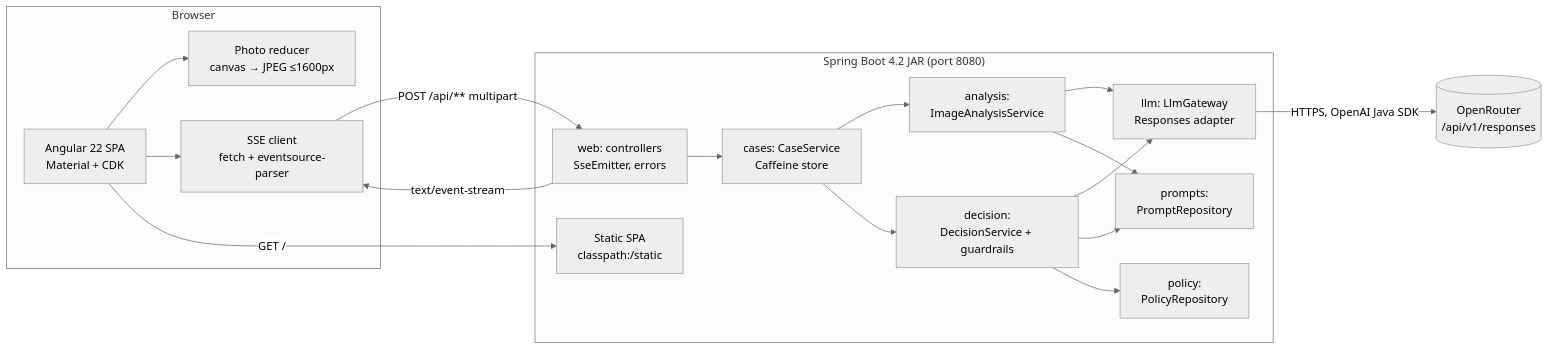
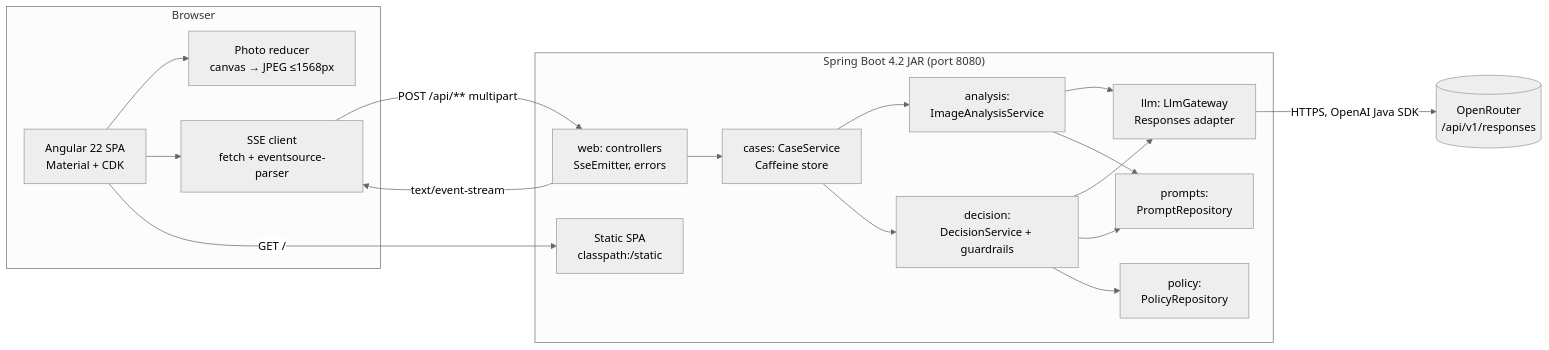
Before and after one commit to crimson-lake/jsystems-ai-programming-2026-11: the first of 7 diagrams in docs/ADR/000-main-architecture.md, drawn with Mermaid (neutral theme). The commit also changed other lines of this file and 27 other files, not shown here.

````diff
--- a/docs/ADR/000-main-architecture.md
+++ b/docs/ADR/000-main-architecture.md
@@ -327,33 +327,33 @@
 ```mermaid
 flowchart LR
   subgraph Browser
     UI[Angular 22 SPA<br/>Material + CDK]
-    RED[Photo reducer<br/>canvas → JPEG ≤1600px]
+    RED[Photo reducer<br/>canvas → JPEG ≤1568px]
     SSEC[SSE client<br/>fetch + eventsource-parser]
     UI --> RED
     UI --> SSEC
   end
   subgraph JAR["Spring Boot 4.2 JAR (port 8080)"]
     STATIC[Static SPA<br/>classpath:/static]
     WEB[web: controllers<br/>SseEmitter, errors]
     CASES[cases: CaseService<br/>Caffeine store]
     AN[analysis:<br/>ImageAnalysisService]
     DEC[decision:<br/>DecisionService + guardrails]
     LLM[llm: LlmGateway<br/>Responses adapter]
     POL[policy:<br/>PolicyRepository]
     PR[prompts:<br/>PromptRepository]
     WEB --> CASES
     CASES --> AN
     CASES --> DEC
     AN --> LLM
     DEC --> LLM
     AN --> PR
     DEC --> PR
     DEC --> POL
   end
   OR[(OpenRouter<br/>/api/v1/responses)]
   UI -- GET / --> STATIC
   SSEC -- POST /api/** multipart --> WEB
   WEB -- text/event-stream --> SSEC
   LLM -- HTTPS, OpenAI Java SDK --> OR
 ```
````
